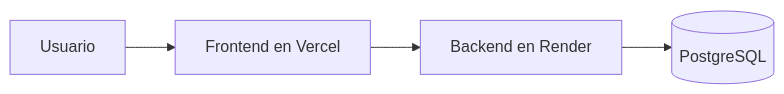
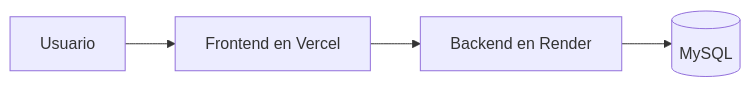
Before and after one commit to llopez594/TurismoVE: the diagram in docs/deploy.md, drawn with Mermaid. The commit also changed other lines of this file and 11 other files, not shown here.

````diff
--- a/docs/deploy.md
+++ b/docs/deploy.md
@@ -84,6 +85,6 @@
 ```mermaid
 flowchart LR
     A[Usuario] --> B[Frontend en Vercel]
     B --> C[Backend en Render]
-    C --> D[(PostgreSQL)]
+    C --> D[(MySQL)]
 ```
````
